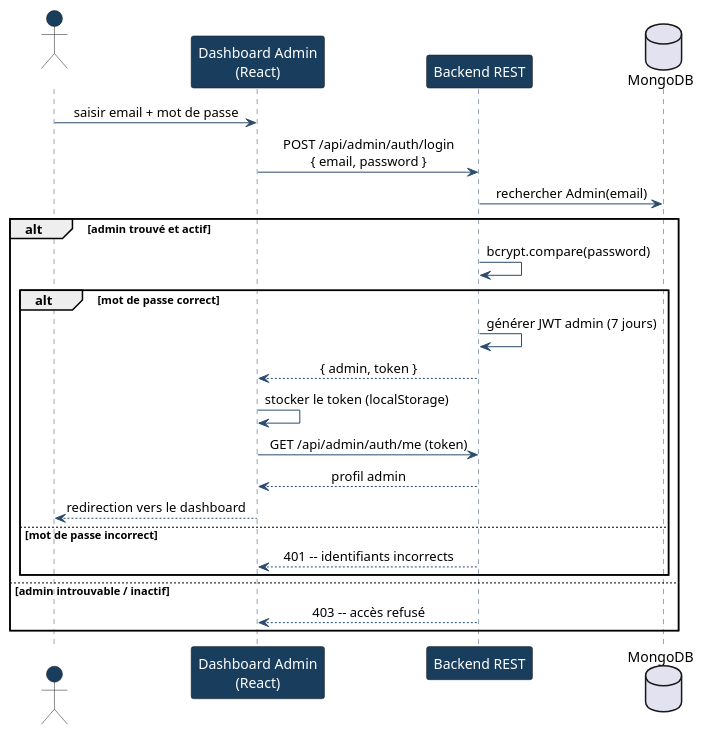
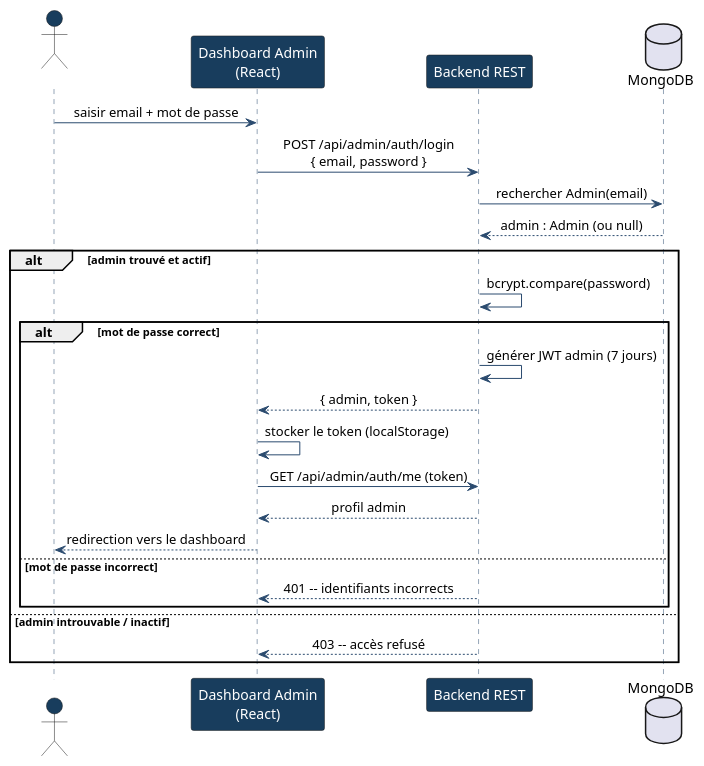
Before and after one commit to sayenjabo/TynassIt_PFE: the diagram in PUML/seq_login_admin.puml, drawn with PlantUML. The commit also changed 68 other files, not shown here.

```diff
--- a/PUML/seq_login_admin.puml
+++ b/PUML/seq_login_admin.puml
@@ -1,38 +1,39 @@
 @startuml Sequence_login_admin
 ' Diagramme de séquence --- Login admin (dashboard web)
 skinparam shadowing false
 skinparam sequenceMessageAlign center
 skinparam ParticipantBackgroundColor #183D5D
 skinparam ParticipantFontColor #FFFFFF
 skinparam ActorBackgroundColor #183D5D
 skinparam ActorFontColor #FFFFFF
 skinparam SequenceLifeLineBorderColor #2B4B6F
 skinparam ArrowColor #2B4B6F
 skinparam NoteBackgroundColor #FDF6D8
 skinparam NoteBorderColor #C9A227
 
 actor "Admin" as Admin
 participant "Dashboard Admin\n(React)" as UI
 participant "Backend REST" as API
 database "MongoDB" as DB
 
 Admin -> UI : saisir email + mot de passe
 UI -> API : POST /api/admin/auth/login\n{ email, password }
 API -> DB : rechercher Admin(email)
+DB --> API : admin : Admin (ou null)
 alt admin trouvé et actif
   API -> API : bcrypt.compare(password)
   alt mot de passe correct
     API -> API : générer JWT admin (7 jours)
     API --> UI : { admin, token }
     UI -> UI : stocker le token (localStorage)
     UI -> API : GET /api/admin/auth/me (token)
     API --> UI : profil admin
     UI --> Admin : redirection vers le dashboard
   else mot de passe incorrect
     API --> UI : 401 -- identifiants incorrects
   end
 else admin introuvable / inactif
   API --> UI : 403 -- accès refusé
 end
 
 @enduml
```
